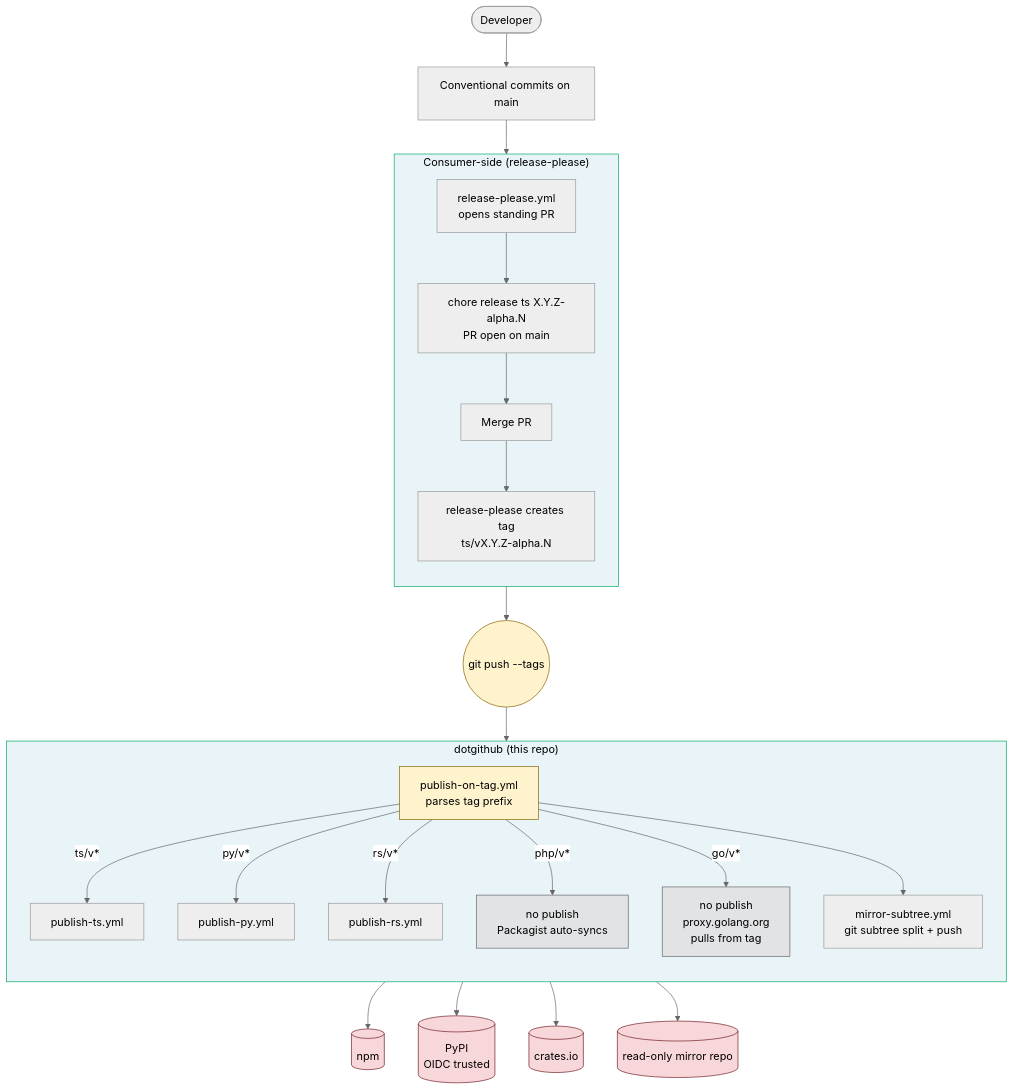
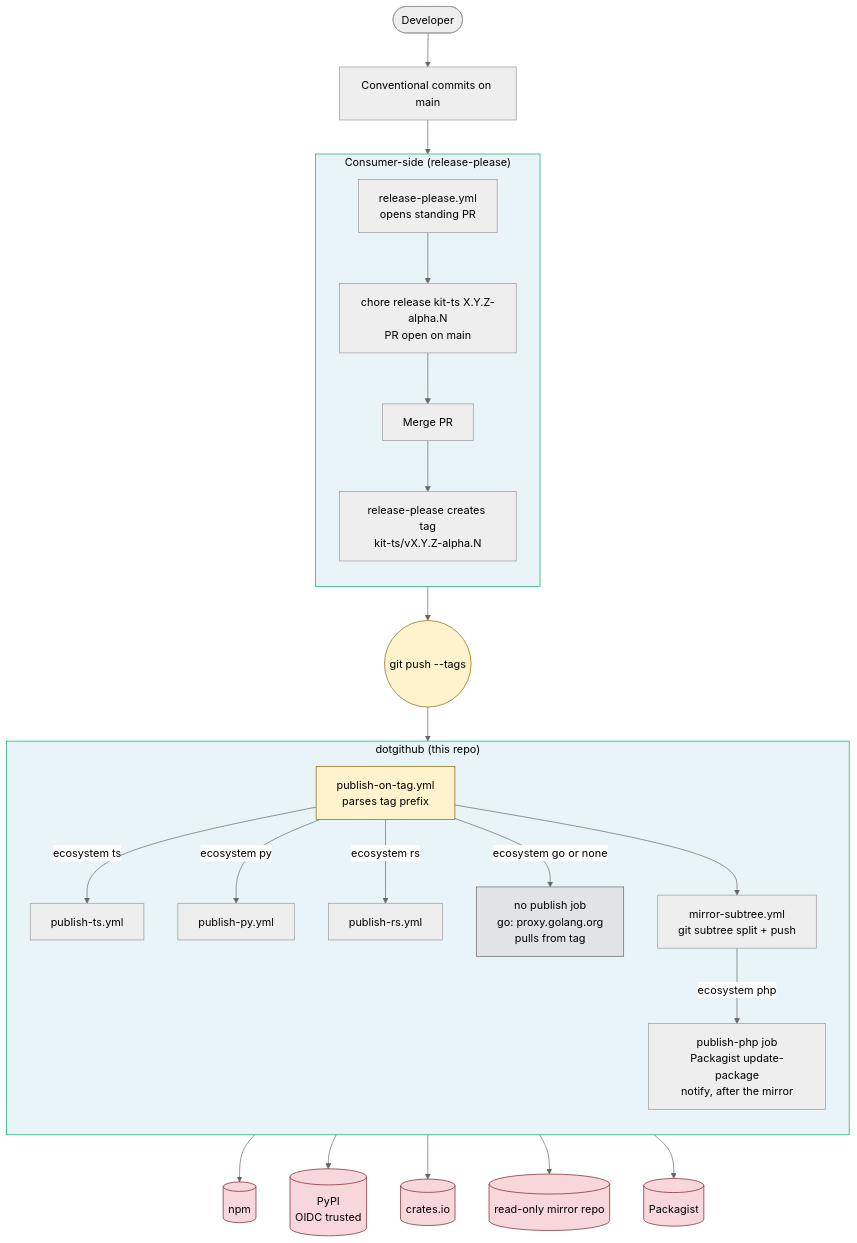
Before and after one commit to hop-top/.github: the diagram in docs/diagrams/release-flow.mmd, drawn with Mermaid (neutral theme). The commit also changed 4 other files, not shown here.

First line of the commit message:
docs(architecture): publish-php, release-bot secrets, @v0, serial mirror

```diff
--- a/docs/diagrams/release-flow.mmd
+++ b/docs/diagrams/release-flow.mmd
@@ -1,45 +1,46 @@
 flowchart TB
     Dev([Developer])
     Commits[Conventional commits on main]
     Dev --> Commits
 
     subgraph ReleasePleaseScope ["Consumer-side (release-please)"]
         direction TB
         RP[release-please.yml<br/>opens standing PR]
-        PR[chore release ts X.Y.Z-alpha.N<br/>PR open on main]
+        PR[chore release kit-ts X.Y.Z-alpha.N<br/>PR open on main]
         Merge[Merge PR]
-        Tag[release-please creates tag<br/>ts/vX.Y.Z-alpha.N]
+        Tag[release-please creates tag<br/>kit-ts/vX.Y.Z-alpha.N]
         RP --> PR --> Merge --> Tag
     end
 
     Commits --> RP
 
     Push((git push --tags))
     Tag --> Push
 
     subgraph DotGithubScope ["dotgithub (this repo)"]
         direction TB
         Router[publish-on-tag.yml<br/>parses tag prefix]
-        Router -->|ts/v*| PubTS[publish-ts.yml]
-        Router -->|py/v*| PubPY[publish-py.yml]
-        Router -->|rs/v*| PubRS[publish-rs.yml]
-        Router -->|php/v*| NoOp1[no publish<br/>Packagist auto-syncs]
-        Router -->|go/v*| NoOp2[no publish<br/>proxy.golang.org<br/>pulls from tag]
+        Router -->|ecosystem ts| PubTS[publish-ts.yml]
+        Router -->|ecosystem py| PubPY[publish-py.yml]
+        Router -->|ecosystem rs| PubRS[publish-rs.yml]
+        Router -->|ecosystem go or none| NoOp2[no publish job<br/>go: proxy.golang.org<br/>pulls from tag]
         Router --> Mirror[mirror-subtree.yml<br/>git subtree split + push]
+        Mirror -->|ecosystem php| PubPHP[publish-php job<br/>Packagist update-package<br/>notify, after the mirror]
     end
 
     Push --> Router
 
     PubTS --> NPM[(npm)]
     PubPY --> PyPI[(PyPI<br/>OIDC trusted)]
     PubRS --> Crates[(crates.io)]
     Mirror --> MirrorRepo[(read-only mirror repo)]
+    PubPHP --> Packagist[(Packagist)]
 
     classDef scope fill:#e8f4f8,stroke:#0a6,color:#000
     classDef trigger fill:#fff3cd,stroke:#856404,color:#000
     classDef registry fill:#f8d7da,stroke:#721c24,color:#000
     classDef noop fill:#e2e3e5,stroke:#666,color:#000
     class ReleasePleaseScope,DotGithubScope scope
     class Push,Router trigger
-    class NPM,PyPI,Crates,MirrorRepo registry
-    class NoOp1,NoOp2 noop
+    class NPM,PyPI,Crates,Packagist,MirrorRepo registry
+    class NoOp2 noop
```
